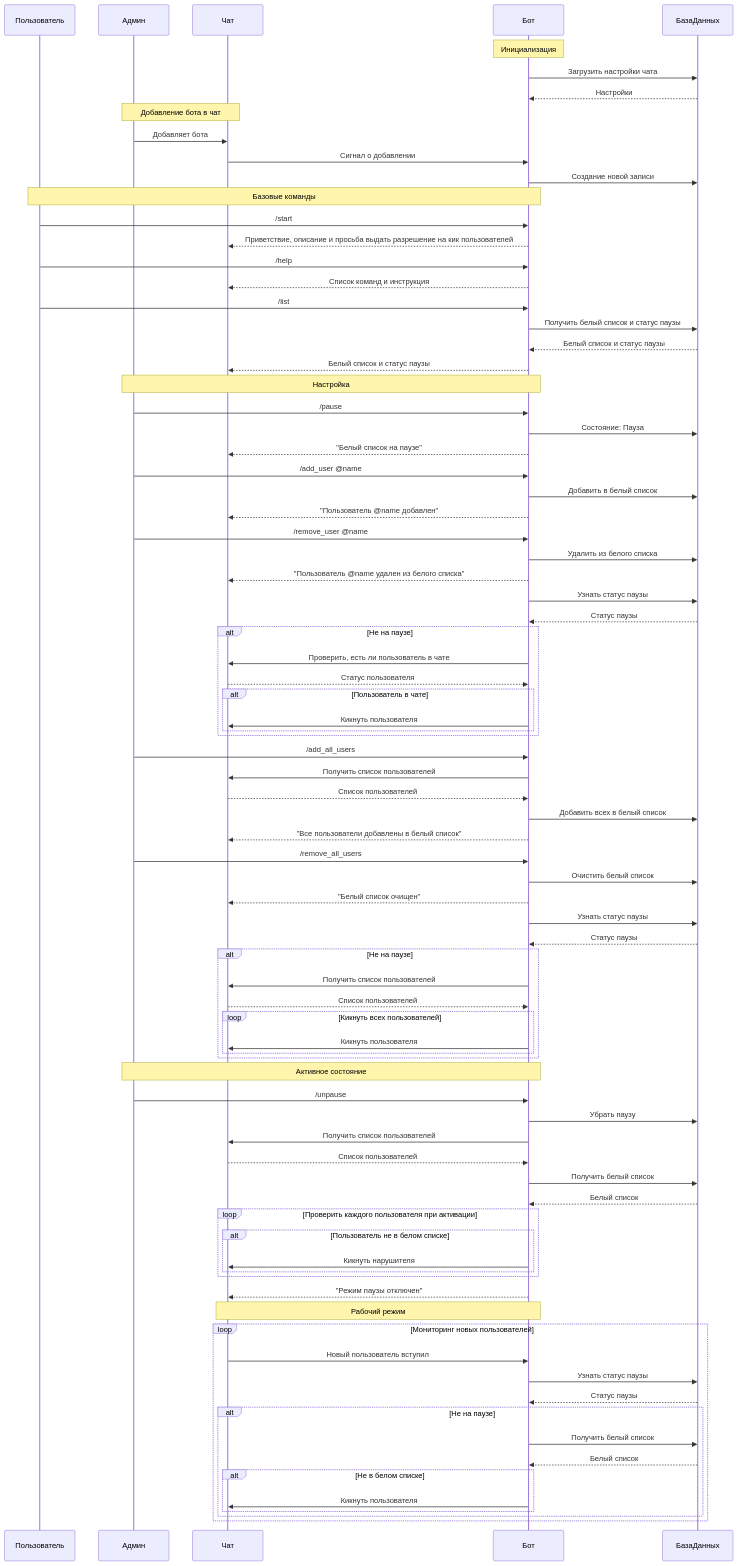
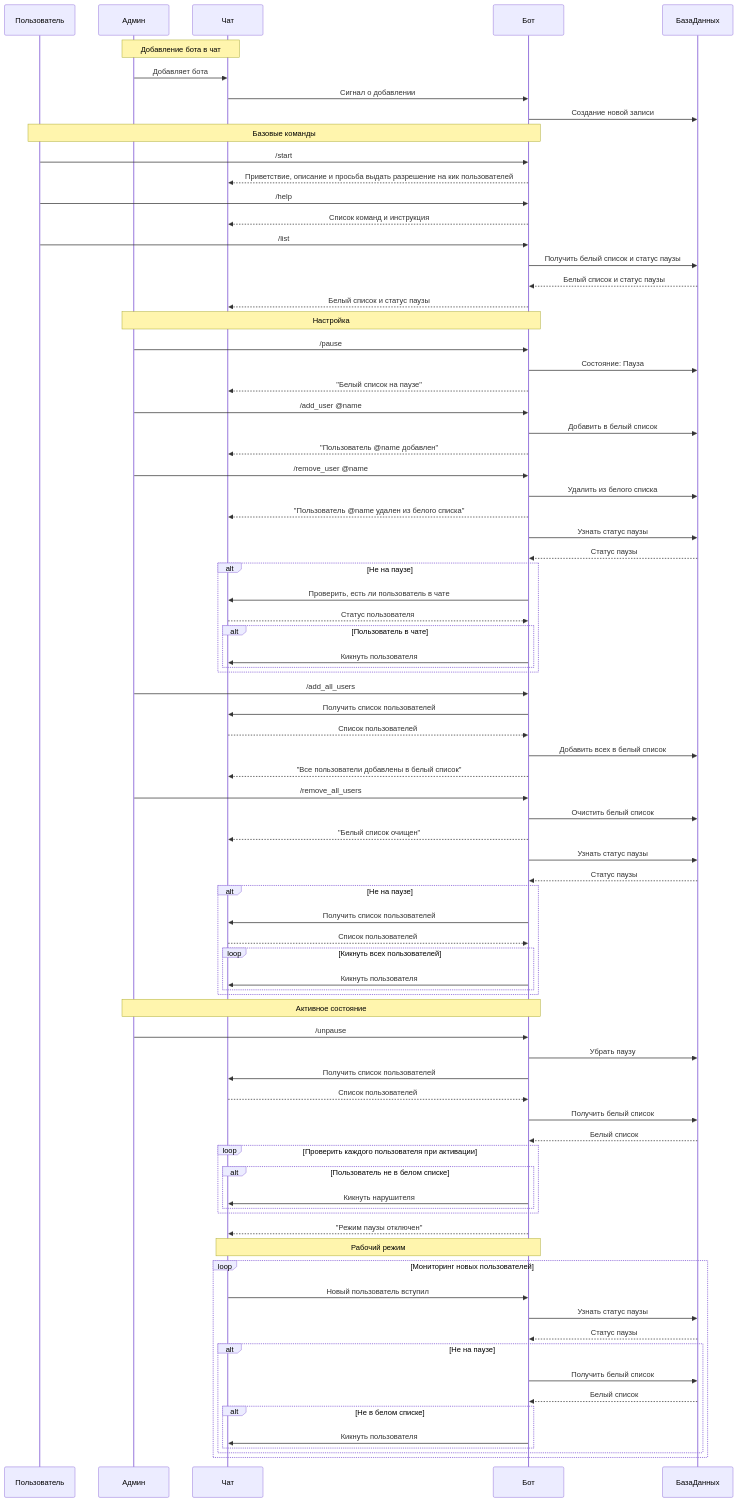
One commit to abakuntzz/whitelist_bot changed the second of 2 diagrams in README.md. Above: the diagram before and after it, drawn with Mermaid.

Commit message:
Устранена неточность в диаграмме взаимодействия

```diff
--- a/README.md
+++ b/README.md
@@ -47,10 +47,6 @@
         participant Чат
         participant Бот
         participant БазаДанных
-
-        Note over Бот: Инициализация
-        Бот->>БазаДанных: Загрузить настройки чата
-        БазаДанных-->>Бот: Настройки
 
         Note over Админ,Чат: Добавление бота в чат
         Админ->>Чат: Добавляет бота
```
